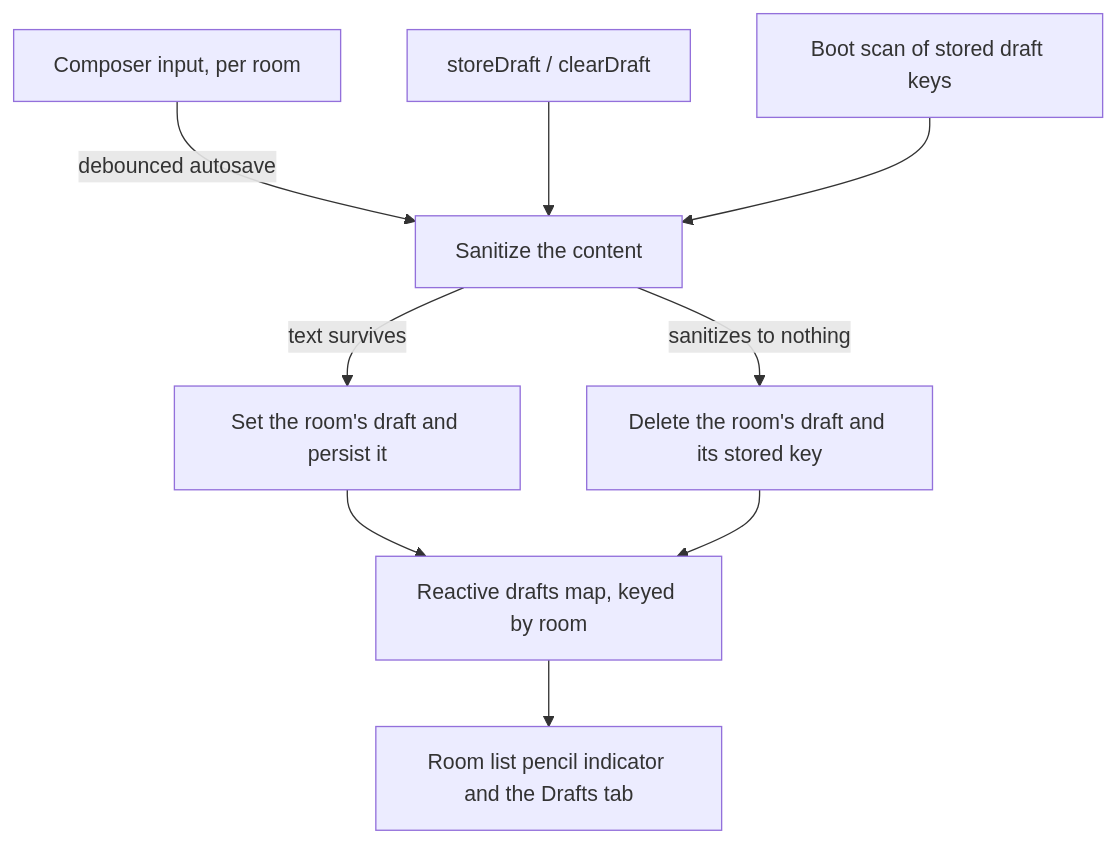
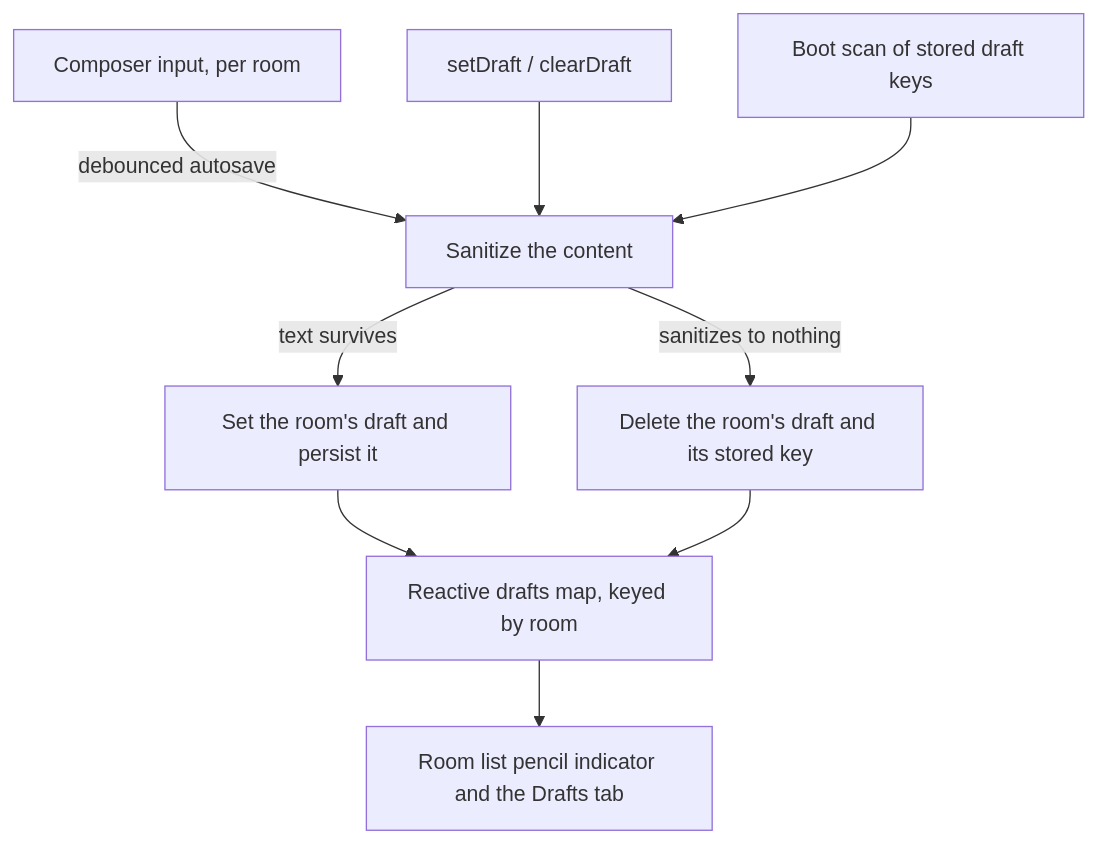
One commit to Esposter/Esposter changed the diagram in apps/web/content/docs/esbabbler/drafts-and-sent.md. Above: the diagram before and after it, drawn with Mermaid. The commit also changed other lines of this file and 35 other files, not shown here.

````diff
--- a/apps/web/content/docs/esbabbler/drafts-and-sent.md
+++ b/apps/web/content/docs/esbabbler/drafts-and-sent.md
@@ -38,11 +38,11 @@
 ```mermaid
 flowchart TD
   EDITOR["Composer input, per room"] -- "debounced autosave" --> SYNC
-  ACTION["storeDraft / clearDraft"] --> SYNC
+  ACTION["setDraft / clearDraft"] --> SYNC
   RESTORE["Boot scan of stored draft keys"] --> SYNC
   SYNC["Sanitize the content"] -- "text survives" --> KEEP["Set the room's draft and persist it"]
   SYNC -- "sanitizes to nothing" --> DROP["Delete the room's draft and its stored key"]
   KEEP --> STORE["Reactive drafts map, keyed by room"]
   DROP --> STORE
   STORE --> UI["Room list pencil indicator and the Drafts tab"]
 ```
````
